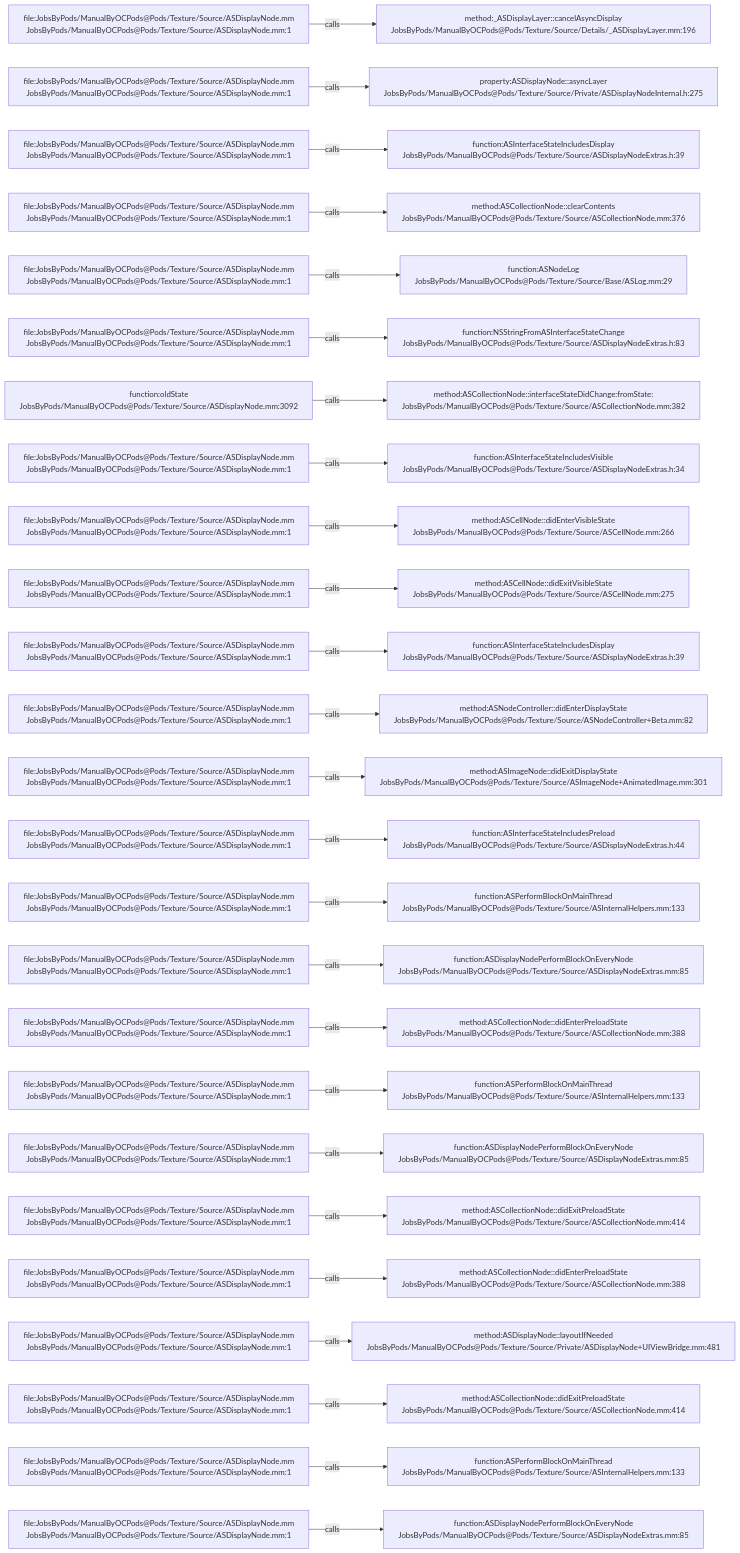
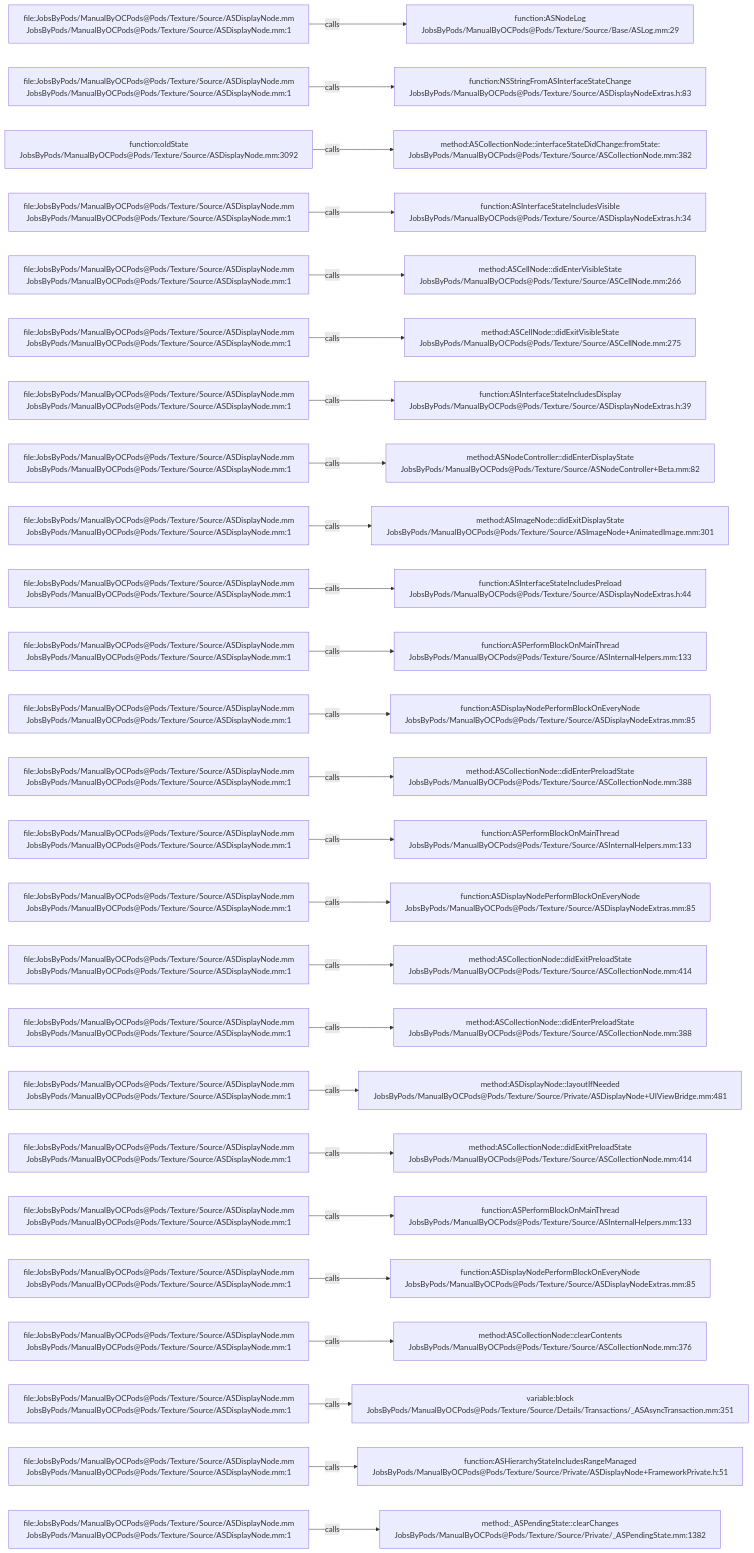
One commit to JobsKits/JobsOCBaseConfigDemo changed the diagram in .codegraph/codegraph.md/graphs/calls-101.md. Above: the diagram before and after it, drawn with Mermaid. The commit also changed 727 other files, not shown here.

````diff
--- a/.codegraph/codegraph.md/graphs/calls-101.md
+++ b/.codegraph/codegraph.md/graphs/calls-101.md
@@ -13,78 +13,78 @@
 ```mermaid
 flowchart LR
   S1["file:JobsByPods/ManualByOCPods@Pods/Texture/Source/ASDisplayNode.mm<br/>JobsByPods/ManualByOCPods@Pods/Texture/Source/ASDisplayNode.mm:1"]
-  T1["method:_ASDisplayLayer::cancelAsyncDisplay<br/>JobsByPods/ManualByOCPods@Pods/Texture/Source/Details/_ASDisplayLayer.mm:196"]
+  T1["function:ASNodeLog<br/>JobsByPods/ManualByOCPods@Pods/Texture/Source/Base/ASLog.mm:29"]
   S1 -->|calls| T1
   S2["file:JobsByPods/ManualByOCPods@Pods/Texture/Source/ASDisplayNode.mm<br/>JobsByPods/ManualByOCPods@Pods/Texture/Source/ASDisplayNode.mm:1"]
-  T2["property:ASDisplayNode::asyncLayer<br/>JobsByPods/ManualByOCPods@Pods/Texture/Source/Private/ASDisplayNodeInternal.h:275"]
+  T2["function:NSStringFromASInterfaceStateChange<br/>JobsByPods/ManualByOCPods@Pods/Texture/Source/ASDisplayNodeExtras.h:83"]
   S2 -->|calls| T2
-  S3["file:JobsByPods/ManualByOCPods@Pods/Texture/Source/ASDisplayNode.mm<br/>JobsByPods/ManualByOCPods@Pods/Texture/Source/ASDisplayNode.mm:1"]
-  T3["function:ASInterfaceStateIncludesDisplay<br/>JobsByPods/ManualByOCPods@Pods/Texture/Source/ASDisplayNodeExtras.h:39"]
+  S3["function:oldState<br/>JobsByPods/ManualByOCPods@Pods/Texture/Source/ASDisplayNode.mm:3092"]
+  T3["method:ASCollectionNode::interfaceStateDidChange:fromState:<br/>JobsByPods/ManualByOCPods@Pods/Texture/Source/ASCollectionNode.mm:382"]
   S3 -->|calls| T3
   S4["file:JobsByPods/ManualByOCPods@Pods/Texture/Source/ASDisplayNode.mm<br/>JobsByPods/ManualByOCPods@Pods/Texture/Source/ASDisplayNode.mm:1"]
-  T4["method:ASCollectionNode::clearContents<br/>JobsByPods/ManualByOCPods@Pods/Texture/Source/ASCollectionNode.mm:376"]
+  T4["function:ASInterfaceStateIncludesVisible<br/>JobsByPods/ManualByOCPods@Pods/Texture/Source/ASDisplayNodeExtras.h:34"]
   S4 -->|calls| T4
   S5["file:JobsByPods/ManualByOCPods@Pods/Texture/Source/ASDisplayNode.mm<br/>JobsByPods/ManualByOCPods@Pods/Texture/Source/ASDisplayNode.mm:1"]
-  T5["function:ASNodeLog<br/>JobsByPods/ManualByOCPods@Pods/Texture/Source/Base/ASLog.mm:29"]
+  T5["method:ASCellNode::didEnterVisibleState<br/>JobsByPods/ManualByOCPods@Pods/Texture/Source/ASCellNode.mm:266"]
   S5 -->|calls| T5
   S6["file:JobsByPods/ManualByOCPods@Pods/Texture/Source/ASDisplayNode.mm<br/>JobsByPods/ManualByOCPods@Pods/Texture/Source/ASDisplayNode.mm:1"]
-  T6["function:NSStringFromASInterfaceStateChange<br/>JobsByPods/ManualByOCPods@Pods/Texture/Source/ASDisplayNodeExtras.h:83"]
+  T6["method:ASCellNode::didExitVisibleState<br/>JobsByPods/ManualByOCPods@Pods/Texture/Source/ASCellNode.mm:275"]
   S6 -->|calls| T6
-  S7["function:oldState<br/>JobsByPods/ManualByOCPods@Pods/Texture/Source/ASDisplayNode.mm:3092"]
-  T7["method:ASCollectionNode::interfaceStateDidChange:fromState:<br/>JobsByPods/ManualByOCPods@Pods/Texture/Source/ASCollectionNode.mm:382"]
+  S7["file:JobsByPods/ManualByOCPods@Pods/Texture/Source/ASDisplayNode.mm<br/>JobsByPods/ManualByOCPods@Pods/Texture/Source/ASDisplayNode.mm:1"]
+  T7["function:ASInterfaceStateIncludesDisplay<br/>JobsByPods/ManualByOCPods@Pods/Texture/Source/ASDisplayNodeExtras.h:39"]
   S7 -->|calls| T7
   S8["file:JobsByPods/ManualByOCPods@Pods/Texture/Source/ASDisplayNode.mm<br/>JobsByPods/ManualByOCPods@Pods/Texture/Source/ASDisplayNode.mm:1"]
-  T8["function:ASInterfaceStateIncludesVisible<br/>JobsByPods/ManualByOCPods@Pods/Texture/Source/ASDisplayNodeExtras.h:34"]
+  T8["method:ASNodeController::didEnterDisplayState<br/>JobsByPods/ManualByOCPods@Pods/Texture/Source/ASNodeController+Beta.mm:82"]
   S8 -->|calls| T8
   S9["file:JobsByPods/ManualByOCPods@Pods/Texture/Source/ASDisplayNode.mm<br/>JobsByPods/ManualByOCPods@Pods/Texture/Source/ASDisplayNode.mm:1"]
-  T9["method:ASCellNode::didEnterVisibleState<br/>JobsByPods/ManualByOCPods@Pods/Texture/Source/ASCellNode.mm:266"]
+  T9["method:ASImageNode::didExitDisplayState<br/>JobsByPods/ManualByOCPods@Pods/Texture/Source/ASImageNode+AnimatedImage.mm:301"]
   S9 -->|calls| T9
   S10["file:JobsByPods/ManualByOCPods@Pods/Texture/Source/ASDisplayNode.mm<br/>JobsByPods/ManualByOCPods@Pods/Texture/Source/ASDisplayNode.mm:1"]
-  T10["method:ASCellNode::didExitVisibleState<br/>JobsByPods/ManualByOCPods@Pods/Texture/Source/ASCellNode.mm:275"]
+  T10["function:ASInterfaceStateIncludesPreload<br/>JobsByPods/ManualByOCPods@Pods/Texture/Source/ASDisplayNodeExtras.h:44"]
   S10 -->|calls| T10
   S11["file:JobsByPods/ManualByOCPods@Pods/Texture/Source/ASDisplayNode.mm<br/>JobsByPods/ManualByOCPods@Pods/Texture/Source/ASDisplayNode.mm:1"]
-  T11["function:ASInterfaceStateIncludesDisplay<br/>JobsByPods/ManualByOCPods@Pods/Texture/Source/ASDisplayNodeExtras.h:39"]
+  T11["function:ASPerformBlockOnMainThread<br/>JobsByPods/ManualByOCPods@Pods/Texture/Source/ASInternalHelpers.mm:133"]
   S11 -->|calls| T11
   S12["file:JobsByPods/ManualByOCPods@Pods/Texture/Source/ASDisplayNode.mm<br/>JobsByPods/ManualByOCPods@Pods/Texture/Source/ASDisplayNode.mm:1"]
-  T12["method:ASNodeController::didEnterDisplayState<br/>JobsByPods/ManualByOCPods@Pods/Texture/Source/ASNodeController+Beta.mm:82"]
+  T12["function:ASDisplayNodePerformBlockOnEveryNode<br/>JobsByPods/ManualByOCPods@Pods/Texture/Source/ASDisplayNodeExtras.mm:85"]
   S12 -->|calls| T12
   S13["file:JobsByPods/ManualByOCPods@Pods/Texture/Source/ASDisplayNode.mm<br/>JobsByPods/ManualByOCPods@Pods/Texture/Source/ASDisplayNode.mm:1"]
-  T13["method:ASImageNode::didExitDisplayState<br/>JobsByPods/ManualByOCPods@Pods/Texture/Source/ASImageNode+AnimatedImage.mm:301"]
+  T13["method:ASCollectionNode::didEnterPreloadState<br/>JobsByPods/ManualByOCPods@Pods/Texture/Source/ASCollectionNode.mm:388"]
   S13 -->|calls| T13
   S14["file:JobsByPods/ManualByOCPods@Pods/Texture/Source/ASDisplayNode.mm<br/>JobsByPods/ManualByOCPods@Pods/Texture/Source/ASDisplayNode.mm:1"]
-  T14["function:ASInterfaceStateIncludesPreload<br/>JobsByPods/ManualByOCPods@Pods/Texture/Source/ASDisplayNodeExtras.h:44"]
+  T14["function:ASPerformBlockOnMainThread<br/>JobsByPods/ManualByOCPods@Pods/Texture/Source/ASInternalHelpers.mm:133"]
   S14 -->|calls| T14
   S15["file:JobsByPods/ManualByOCPods@Pods/Texture/Source/ASDisplayNode.mm<br/>JobsByPods/ManualByOCPods@Pods/Texture/Source/ASDisplayNode.mm:1"]
-  T15["function:ASPerformBlockOnMainThread<br/>JobsByPods/ManualByOCPods@Pods/Texture/Source/ASInternalHelpers.mm:133"]
+  T15["function:ASDisplayNodePerformBlockOnEveryNode<br/>JobsByPods/ManualByOCPods@Pods/Texture/Source/ASDisplayNodeExtras.mm:85"]
   S15 -->|calls| T15
   S16["file:JobsByPods/ManualByOCPods@Pods/Texture/Source/ASDisplayNode.mm<br/>JobsByPods/ManualByOCPods@Pods/Texture/Source/ASDisplayNode.mm:1"]
-  T16["function:ASDisplayNodePerformBlockOnEveryNode<br/>JobsByPods/ManualByOCPods@Pods/Texture/Source/ASDisplayNodeExtras.mm:85"]
+  T16["method:ASCollectionNode::didExitPreloadState<br/>JobsByPods/ManualByOCPods@Pods/Texture/Source/ASCollectionNode.mm:414"]
   S16 -->|calls| T16
   S17["file:JobsByPods/ManualByOCPods@Pods/Texture/Source/ASDisplayNode.mm<br/>JobsByPods/ManualByOCPods@Pods/Texture/Source/ASDisplayNode.mm:1"]
   T17["method:ASCollectionNode::didEnterPreloadState<br/>JobsByPods/ManualByOCPods@Pods/Texture/Source/ASCollectionNode.mm:388"]
   S17 -->|calls| T17
   S18["file:JobsByPods/ManualByOCPods@Pods/Texture/Source/ASDisplayNode.mm<br/>JobsByPods/ManualByOCPods@Pods/Texture/Source/ASDisplayNode.mm:1"]
-  T18["function:ASPerformBlockOnMainThread<br/>JobsByPods/ManualByOCPods@Pods/Texture/Source/ASInternalHelpers.mm:133"]
+  T18["method:ASDisplayNode::layoutIfNeeded<br/>JobsByPods/ManualByOCPods@Pods/Texture/Source/Private/ASDisplayNode+UIViewBridge.mm:481"]
   S18 -->|calls| T18
   S19["file:JobsByPods/ManualByOCPods@Pods/Texture/Source/ASDisplayNode.mm<br/>JobsByPods/ManualByOCPods@Pods/Texture/Source/ASDisplayNode.mm:1"]
-  T19["function:ASDisplayNodePerformBlockOnEveryNode<br/>JobsByPods/ManualByOCPods@Pods/Texture/Source/ASDisplayNodeExtras.mm:85"]
+  T19["method:ASCollectionNode::didExitPreloadState<br/>JobsByPods/ManualByOCPods@Pods/Texture/Source/ASCollectionNode.mm:414"]
   S19 -->|calls| T19
   S20["file:JobsByPods/ManualByOCPods@Pods/Texture/Source/ASDisplayNode.mm<br/>JobsByPods/ManualByOCPods@Pods/Texture/Source/ASDisplayNode.mm:1"]
-  T20["method:ASCollectionNode::didExitPreloadState<br/>JobsByPods/ManualByOCPods@Pods/Texture/Source/ASCollectionNode.mm:414"]
+  T20["function:ASPerformBlockOnMainThread<br/>JobsByPods/ManualByOCPods@Pods/Texture/Source/ASInternalHelpers.mm:133"]
   S20 -->|calls| T20
   S21["file:JobsByPods/ManualByOCPods@Pods/Texture/Source/ASDisplayNode.mm<br/>JobsByPods/ManualByOCPods@Pods/Texture/Source/ASDisplayNode.mm:1"]
-  T21["method:ASCollectionNode::didEnterPreloadState<br/>JobsByPods/ManualByOCPods@Pods/Texture/Source/ASCollectionNode.mm:388"]
+  T21["function:ASDisplayNodePerformBlockOnEveryNode<br/>JobsByPods/ManualByOCPods@Pods/Texture/Source/ASDisplayNodeExtras.mm:85"]
   S21 -->|calls| T21
   S22["file:JobsByPods/ManualByOCPods@Pods/Texture/Source/ASDisplayNode.mm<br/>JobsByPods/ManualByOCPods@Pods/Texture/Source/ASDisplayNode.mm:1"]
-  T22["method:ASDisplayNode::layoutIfNeeded<br/>JobsByPods/ManualByOCPods@Pods/Texture/Source/Private/ASDisplayNode+UIViewBridge.mm:481"]
+  T22["method:ASCollectionNode::clearContents<br/>JobsByPods/ManualByOCPods@Pods/Texture/Source/ASCollectionNode.mm:376"]
   S22 -->|calls| T22
   S23["file:JobsByPods/ManualByOCPods@Pods/Texture/Source/ASDisplayNode.mm<br/>JobsByPods/ManualByOCPods@Pods/Texture/Source/ASDisplayNode.mm:1"]
-  T23["method:ASCollectionNode::didExitPreloadState<br/>JobsByPods/ManualByOCPods@Pods/Texture/Source/ASCollectionNode.mm:414"]
+  T23["variable:block<br/>JobsByPods/ManualByOCPods@Pods/Texture/Source/Details/Transactions/_ASAsyncTransaction.mm:351"]
   S23 -->|calls| T23
   S24["file:JobsByPods/ManualByOCPods@Pods/Texture/Source/ASDisplayNode.mm<br/>JobsByPods/ManualByOCPods@Pods/Texture/Source/ASDisplayNode.mm:1"]
-  T24["function:ASPerformBlockOnMainThread<br/>JobsByPods/ManualByOCPods@Pods/Texture/Source/ASInternalHelpers.mm:133"]
+  T24["function:ASHierarchyStateIncludesRangeManaged<br/>JobsByPods/ManualByOCPods@Pods/Texture/Source/Private/ASDisplayNode+FrameworkPrivate.h:51"]
   S24 -->|calls| T24
   S25["file:JobsByPods/ManualByOCPods@Pods/Texture/Source/ASDisplayNode.mm<br/>JobsByPods/ManualByOCPods@Pods/Texture/Source/ASDisplayNode.mm:1"]
-  T25["function:ASDisplayNodePerformBlockOnEveryNode<br/>JobsByPods/ManualByOCPods@Pods/Texture/Source/ASDisplayNodeExtras.mm:85"]
+  T25["method:_ASPendingState::clearChanges<br/>JobsByPods/ManualByOCPods@Pods/Texture/Source/Private/_ASPendingState.mm:1382"]
   S25 -->|calls| T25
 ```
````
